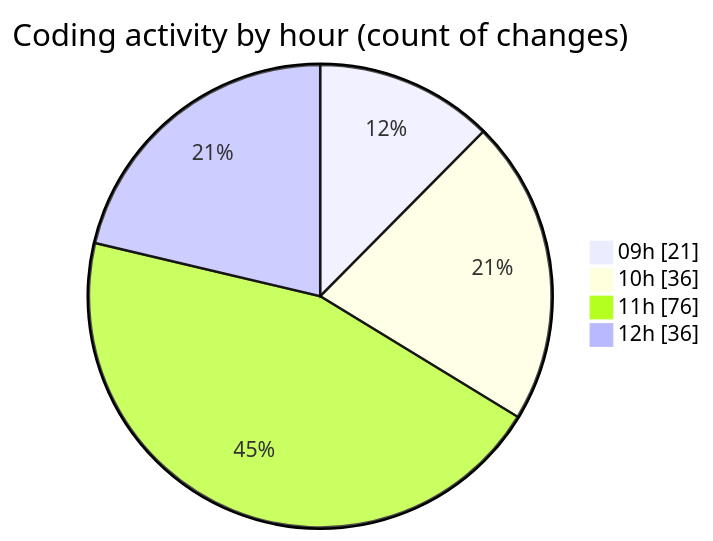
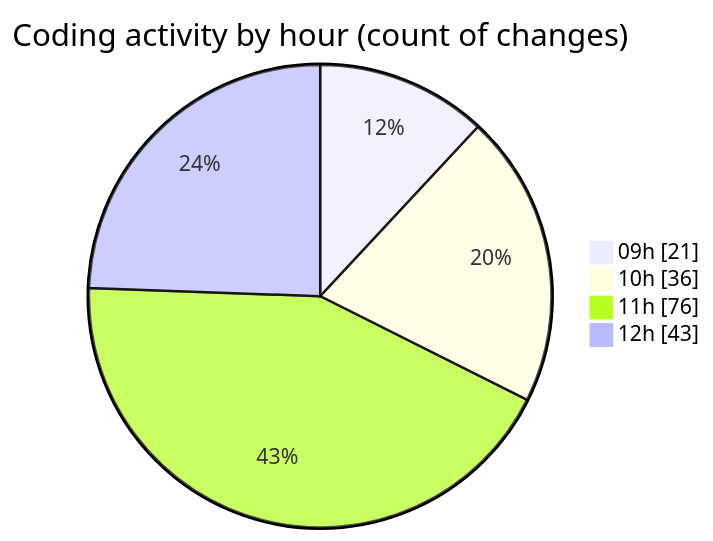
Before and after one commit to momahboobian/code-tracking: the second of 2 diagrams in 2025-09-09/cda/README.md, drawn with Mermaid. The commit also changed other lines of this file and 1 other file, not shown here.

````diff
--- a/2025-09-09/cda/README.md
+++ b/2025-09-09/cda/README.md
@@ -130,8 +131,8 @@
 ```mermaid
 pie showData
 title Coding activity by hour (count of changes)
 "09h" : 21
 "10h" : 36
 "11h" : 76
-"12h" : 36
+"12h" : 43
 ```
````
